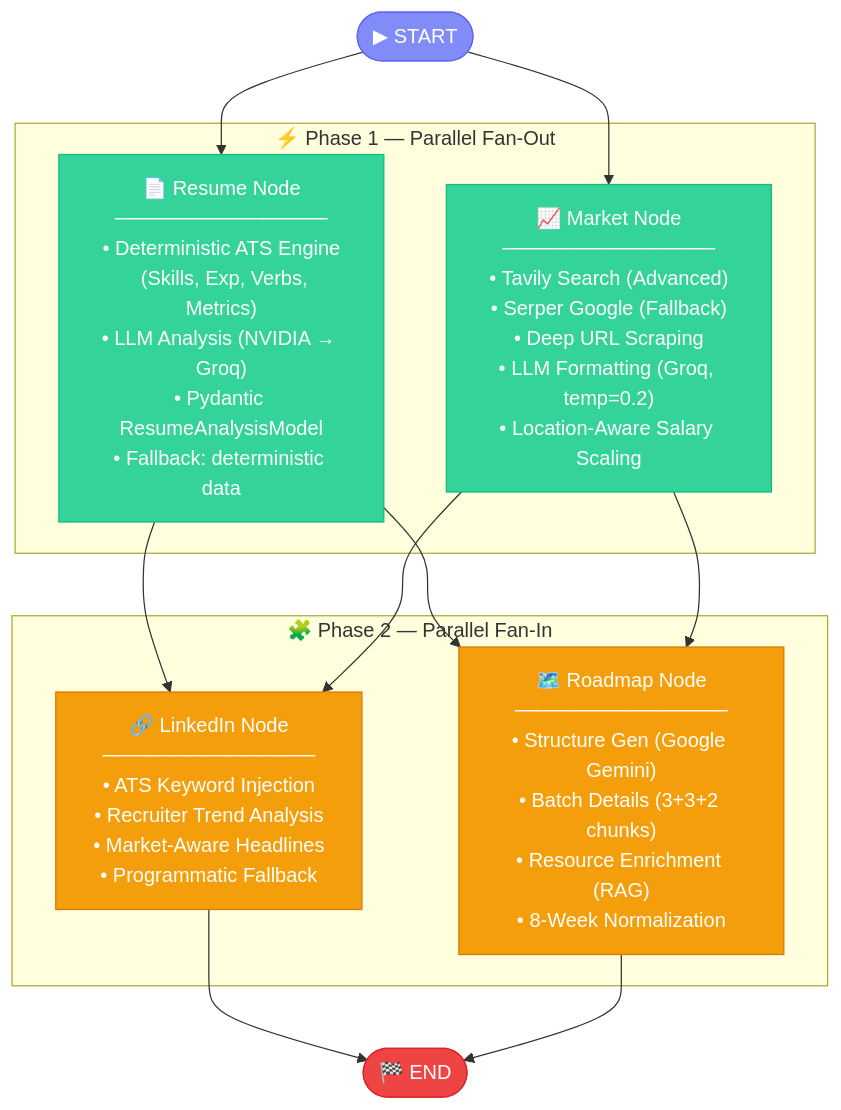
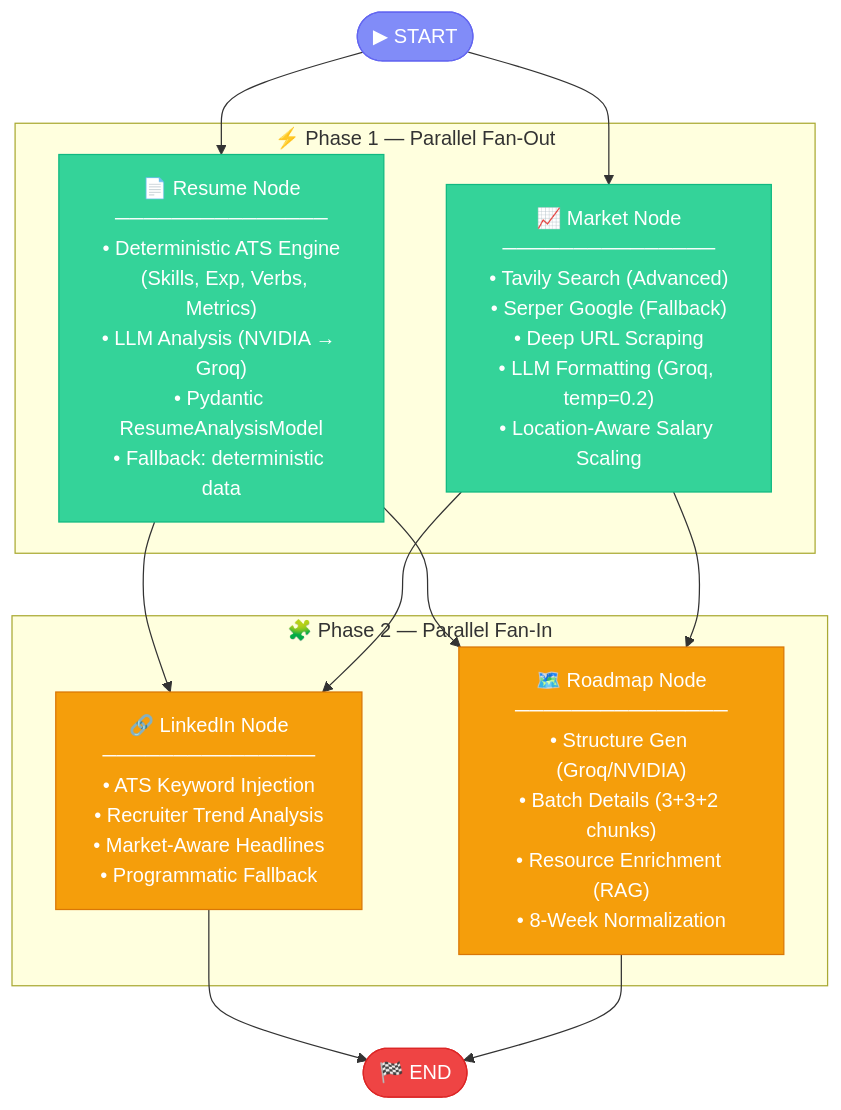
One commit to Anil-Pradhan-web/ai-career-mentor changed the fourth of 34 diagrams in ARCHITECTURE.md. Above: the diagram before and after it, drawn with Mermaid. The commit also changed other lines of this file and 28 other files, not shown here.

Commit message:
fix:RAG Pipeline, and gemini model timeout error

````diff
--- a/ARCHITECTURE.md
+++ b/ARCHITECTURE.md
@@ -210,37 +210,37 @@
 ```mermaid
 graph TD
     classDef startCls fill:#818cf8,color:#fff,stroke:#6366f1
     classDef phase1Cls fill:#34d399,color:#fff,stroke:#10b981
     classDef phase2Cls fill:#f59e0b,color:#fff,stroke:#d97706
     classDef endCls fill:#ef4444,color:#fff,stroke:#dc2626
 
     START(["▶ START"])
     
     subgraph "⚡ Phase 1 — Parallel Fan-Out"
         RN["📄 Resume Node<br/>───────────────<br/>• Deterministic ATS Engine<br/>  (Skills, Exp, Verbs, Metrics)<br/>• LLM Analysis (NVIDIA → Groq)<br/>• Pydantic ResumeAnalysisModel<br/>• Fallback: deterministic data"]
         MN["📈 Market Node<br/>───────────────<br/>• Tavily Search (Advanced)<br/>• Serper Google (Fallback)<br/>• Deep URL Scraping<br/>• LLM Formatting (Groq, temp=0.2)<br/>• Location-Aware Salary Scaling"]
     end
     
     subgraph "🧩 Phase 2 — Parallel Fan-In"
         LN["🔗 LinkedIn Node<br/>───────────────<br/>• ATS Keyword Injection<br/>• Recruiter Trend Analysis<br/>• Market-Aware Headlines<br/>• Programmatic Fallback"]
-        RP["🗺️ Roadmap Node<br/>───────────────<br/>• Structure Gen (Google Gemini)<br/>• Batch Details (3+3+2 chunks)<br/>• Resource Enrichment (RAG)<br/>• 8-Week Normalization"]
+        RP["🗺️ Roadmap Node<br/>───────────────<br/>• Structure Gen (Groq/NVIDIA)<br/>• Batch Details (3+3+2 chunks)<br/>• Resource Enrichment (RAG)<br/>• 8-Week Normalization"]
     end
     
     END_NODE(["🏁 END"])
     
     START --> RN
     START --> MN
     
     RN --> LN
     MN --> LN
     RN --> RP
     MN --> RP
     
     LN --> END_NODE
     RP --> END_NODE
     
     class START startCls
     class RN,MN phase1Cls
     class LN,RP phase2Cls
     class END_NODE endCls
 ```
````
